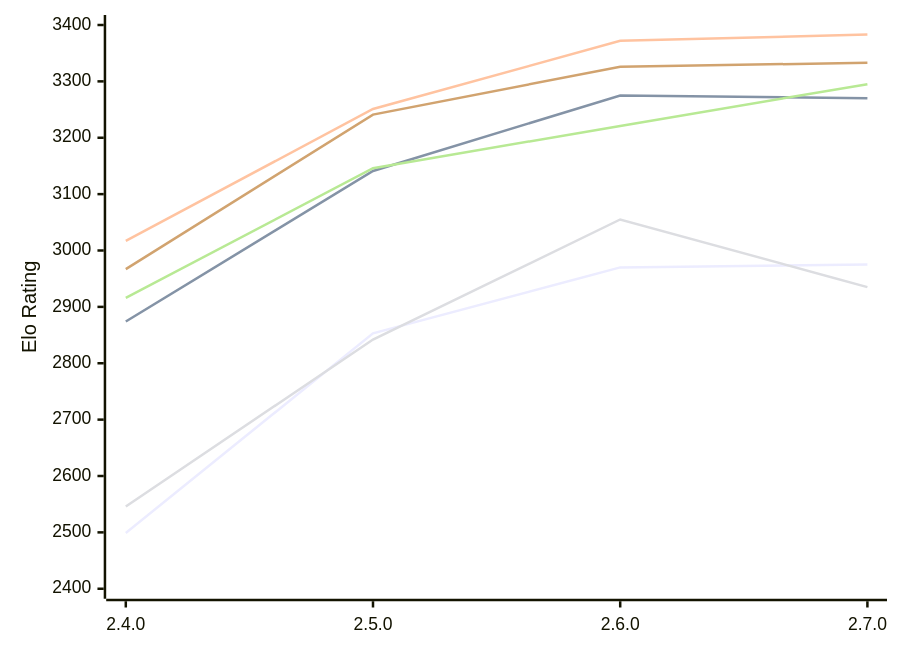
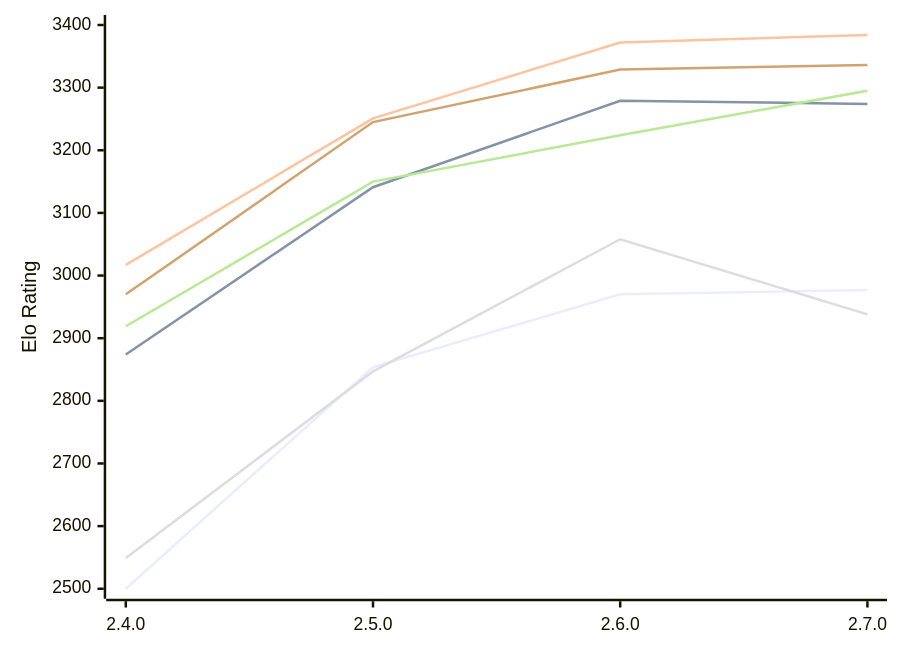
One commit to computer-chess-index/cci changed the diagram in engines/Rarog.md. Above: the diagram before and after it, drawn with Mermaid. The commit also changed other lines of this file, not shown here.

Commit message:
Update CCI Ratings (ELO VLTC) - 2026-11-24

````diff
--- a/engines/Rarog.md
+++ b/engines/Rarog.md
@@ -53,12 +53,12 @@
 ```mermaid
 %%{init: {"theme":"base","themeVariables":{"seriesColors:['#a3a3a3','#222221','#faa371']}}}%%
 xychart-beta
   x-axis ["2.4.0", "2.5.0", "2.6.0", "2.7.0"]
-  y-axis "Elo Rating" 2400 --> 3400
-  line "E1: STC (8.0+0.08s)" [2499, 2853, 2970, 2975]
-  line "E1: LTC (60.0+0.60s)" [2874, 3141, 3275, 3270]
-  line "E1: VLTC (2m24s+1.12s)" [3017, 3251, 3372, 3383]
-  line "P1: STC (8.0+0.08s)" [2546, 2842, 3055, 2935]
-  line "P1: LTC (60.0+0.60s)" [2916, 3146, 3221, 3295]
-  line "P1: VLTC (2m24s+1.12s)" [2967, 3241, 3326, 3333]
+  y-axis "Elo Rating" 2500 --> 3400
+  line "E1: STC (8.0+0.08s)" [2500, 2854, 2970, 2977]
+  line "E1: LTC (60.0+0.60s)" [2874, 3141, 3279, 3274]
+  line "E1: VLTC (2m24s+1.12s)" [3017, 3251, 3372, 3384]
+  line "P1: STC (8.0+0.08s)" [2549, 2847, 3058, 2938]
+  line "P1: LTC (60.0+0.60s)" [2919, 3150, 3224, 3295]
+  line "P1: VLTC (2m24s+1.12s)" [2970, 3245, 3329, 3336]
 ```
````
